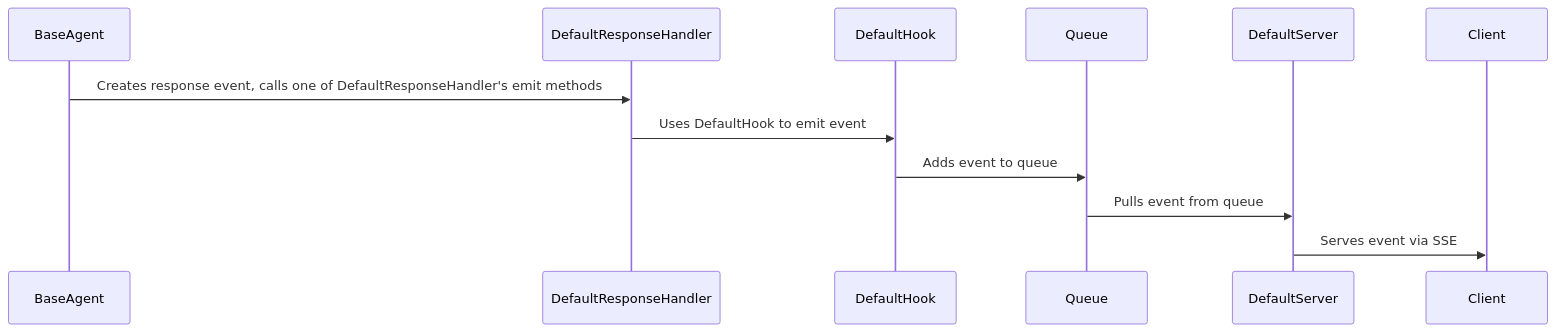
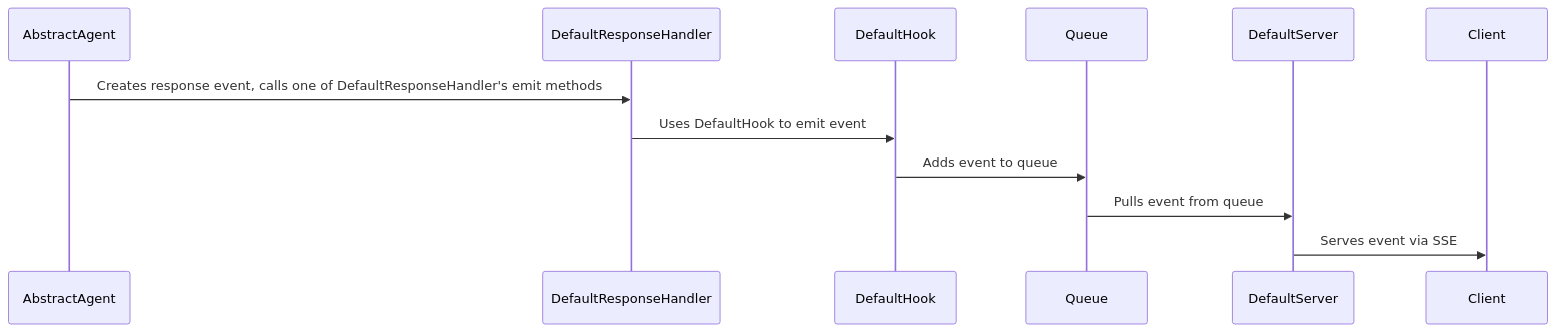
One commit to sentient-agi/Sentient-Agent-Framework changed the third of 3 diagrams in src/sentient_agent_framework/implementation/README.md. Above: the diagram before and after it, drawn with Mermaid. The commit also changed other lines of this file and 6 other files, not shown here.

First line of the commit message:
Change architecture (pass agent into server)

````diff
--- a/src/sentient_agent_framework/implementation/README.md
+++ b/src/sentient_agent_framework/implementation/README.md
@@ -87,8 +85,8 @@
 ```mermaid
 sequenceDiagram
-    BaseAgent->>DefaultResponseHandler: Creates response event, calls one of DefaultResponseHandler's emit methods
+    AbstractAgent->>DefaultResponseHandler: Creates response event, calls one of DefaultResponseHandler's emit methods
     DefaultResponseHandler->>DefaultHook: Uses DefaultHook to emit event
     DefaultHook->>Queue: Adds event to queue
     Queue->>DefaultServer: Pulls event from queue
     DefaultServer->>Client: Serves event via SSE
 ```
````
